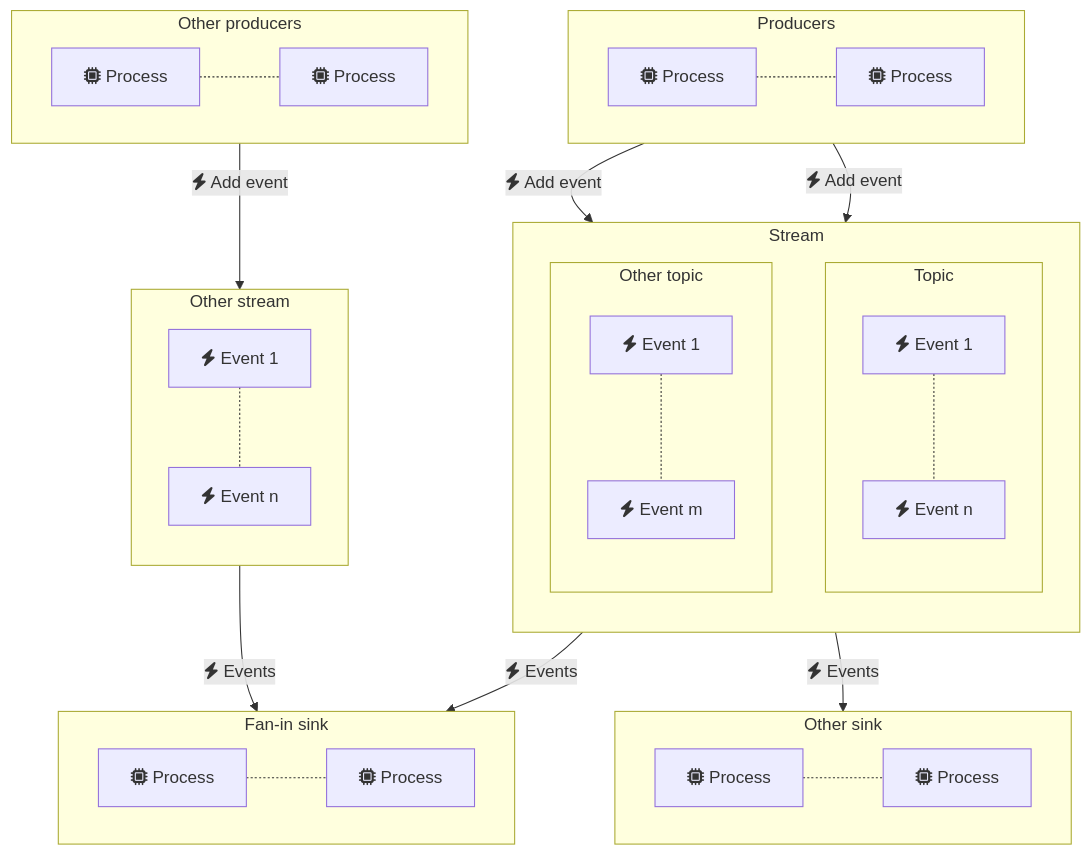
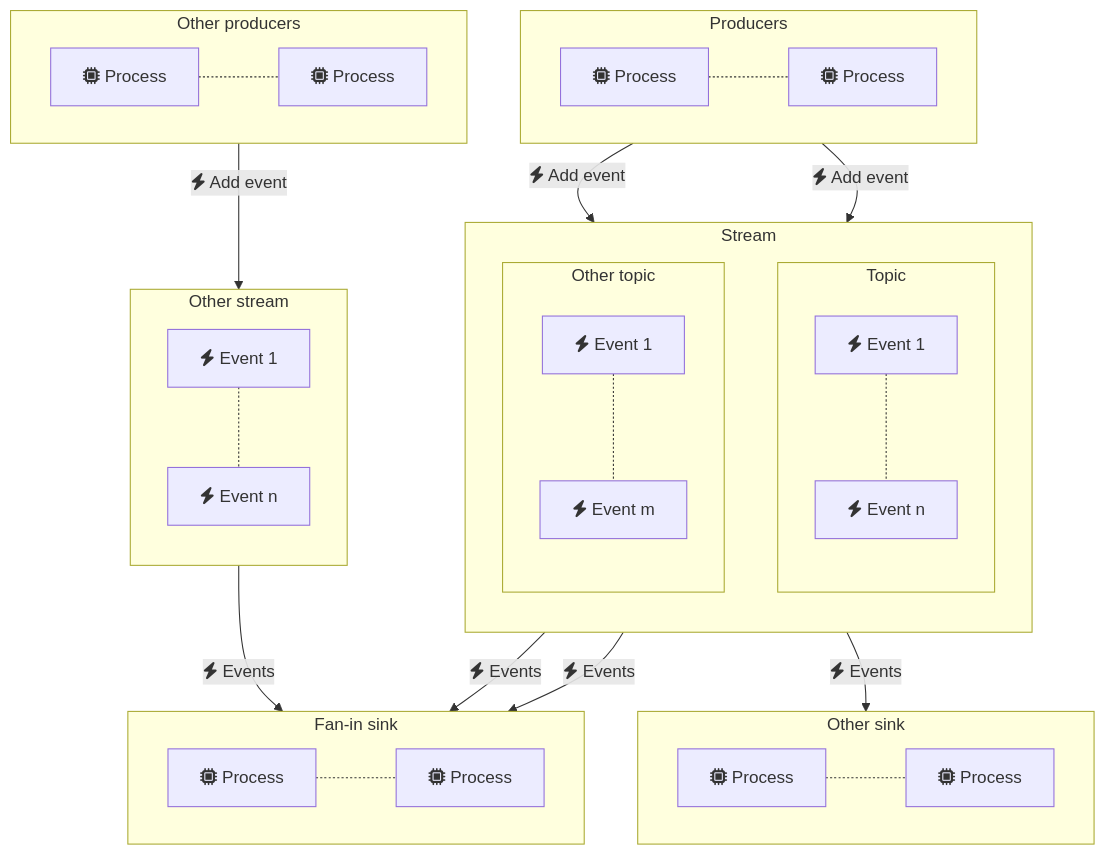
Before and after one commit to goadesign/pulse: the second of 3 diagrams in README.md, drawn with Mermaid. The commit also changed other lines of this file and 26 other files, not shown here.

````diff
--- a/README.md
+++ b/README.md
@@ -13,40 +38,41 @@
 ```mermaid
 flowchart TD
     subgraph Producers
         direction LR
         H[fa:fa-microchip Process]-.-G[fa:fa-microchip Process]
     end
     subgraph Producers2 [Other producers]
         direction LR
         H2[fa:fa-microchip Process]-.-G2[fa:fa-microchip Process]
     end
     subgraph Stream
         direction TB
         subgraph Topic
             direction TB
             A[fa:fa-bolt Event 1]-.-B[fa:fa-bolt Event n]
         end
         subgraph Topic2 [Other topic]
             direction TB
             A2[fa:fa-bolt Event 1]-.-B2[fa:fa-bolt Event m]
         end
     end
     subgraph Stream2 [Other stream]
         direction TB
         C[fa:fa-bolt Event 1]-.-D[fa:fa-bolt Event n]
     end
     subgraph Sink [Fan-in sink]
         direction LR
         E[fa:fa-microchip Process]-.-F[fa:fa-microchip Process]
     end
     subgraph Sink2 [Other sink]
         direction LR
         E2[fa:fa-microchip Process]-.-F2[fa:fa-microchip Process]
     end
     Producers-->|fa:fa-bolt Add event|Topic
     Producers-->|fa:fa-bolt Add event|Topic2
     Producers2-->|fa:fa-bolt Add event|Stream2
     Topic-->|fa:fa-bolt Events|Sink
+    Topic2-->|fa:fa-bolt Events|Sink
     Stream2-->|fa:fa-bolt Events|Sink
     Topic2-->|fa:fa-bolt Events|Sink2
 ```
````
